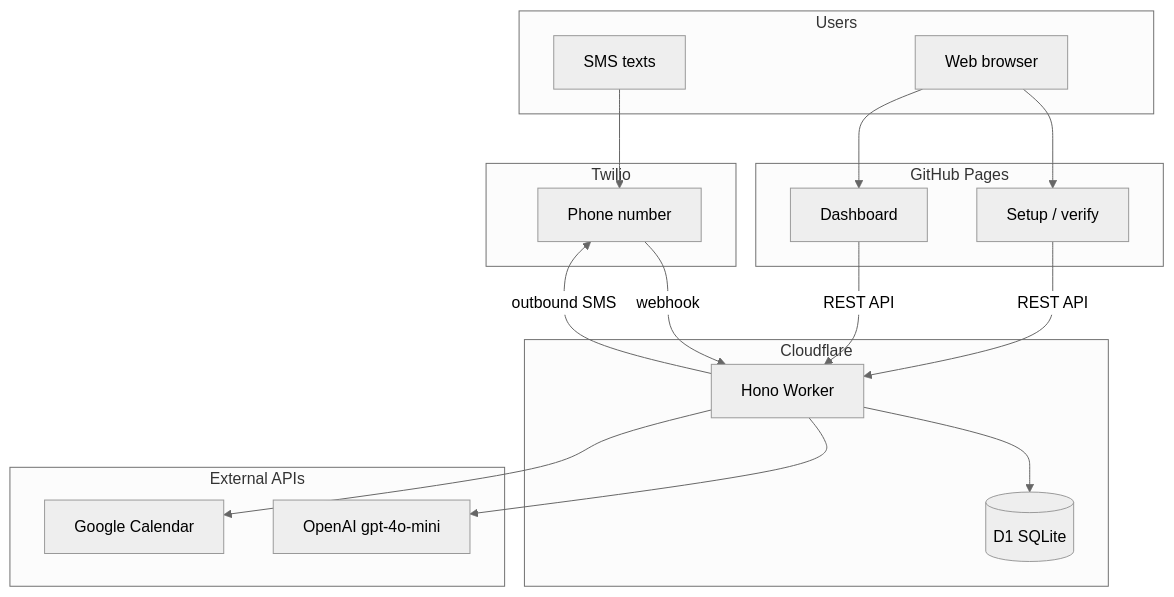
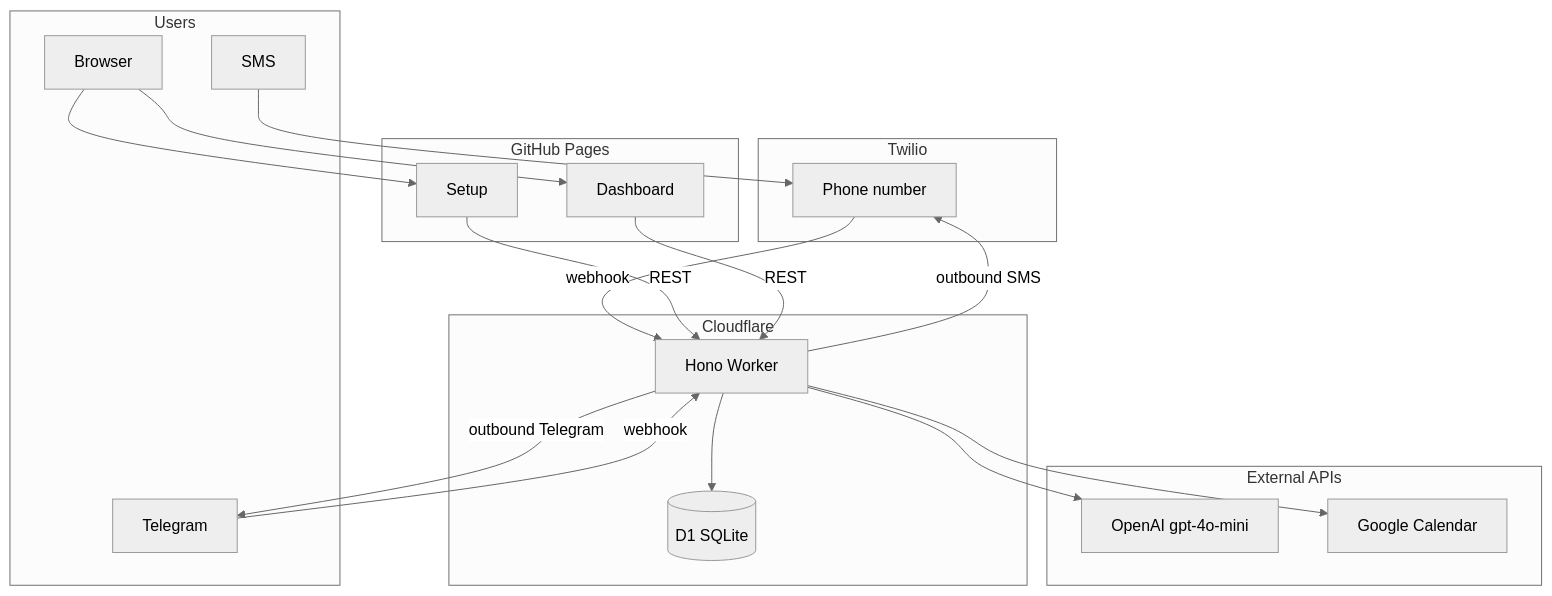
One commit to sfkunal/SophieBot changed the diagram in README.md. Above: the diagram before and after it, drawn with Mermaid (neutral theme). The commit also changed other lines of this file and 3 other files, not shown here.

````diff
--- a/README.md
+++ b/README.md
@@ -12,37 +24,40 @@
 ```mermaid
 flowchart TB
   subgraph users [Users]
-    SMS[SMS texts]
-    Web[Web browser]
+    SMS[SMS]
+    TG[Telegram]
+    Web[Browser]
   end
 
   subgraph twilio [Twilio]
     TN[Phone number]
   end
 
   subgraph cloudflare [Cloudflare]
     Worker[Hono Worker]
     D1[(D1 SQLite)]
   end
 
   subgraph external [External APIs]
     OpenAI[OpenAI gpt-4o-mini]
     GCal[Google Calendar]
   end
 
   subgraph pages [GitHub Pages]
-    Setup[Setup / verify]
+    Setup[Setup]
     Dash[Dashboard]
   end
 
   SMS --> TN
   TN -->|webhook| Worker
+  TG -->|webhook| Worker
   Web --> Setup
   Web --> Dash
-  Setup -->|REST API| Worker
-  Dash -->|REST API| Worker
+  Setup -->|REST| Worker
+  Dash -->|REST| Worker
   Worker --> D1
   Worker --> OpenAI
   Worker --> GCal
   Worker -->|outbound SMS| TN
+  Worker -->|outbound Telegram| TG
 ```
````
